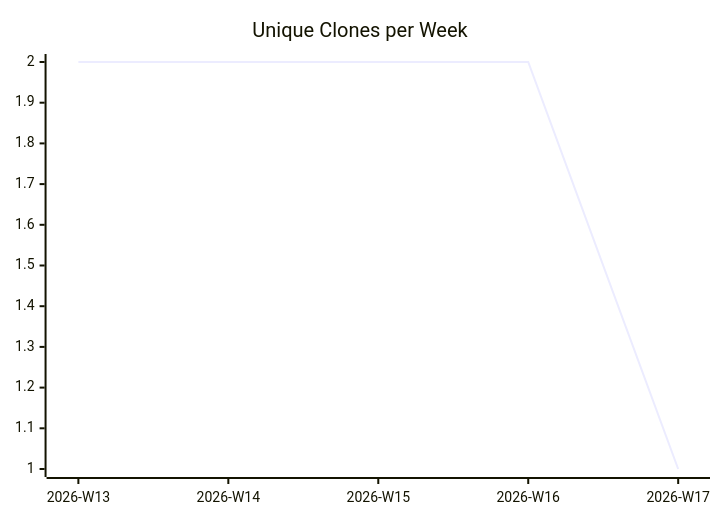
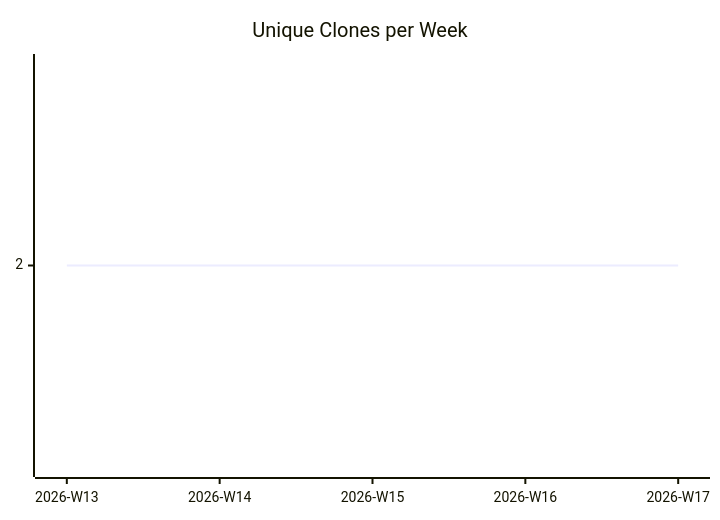
Before and after one commit to justdavis-family/github-analytics-data: the third of 3 diagrams in karlmdavis/rps-tourney/README.md, drawn with Mermaid. The commit also changed other lines of this file and 197 other files, not shown here.

````diff
--- a/karlmdavis/rps-tourney/README.md
+++ b/karlmdavis/rps-tourney/README.md
@@ -19,6 +19,6 @@
 ```mermaid
 xychart-beta
   title "Unique Clones per Week"
   x-axis ["2026-W13", "2026-W14", "2026-W15", "2026-W16", "2026-W17"]
-  line [2, 2, 2, 2, 1]
+  line [2, 2, 2, 2, 2]
 ```
````
